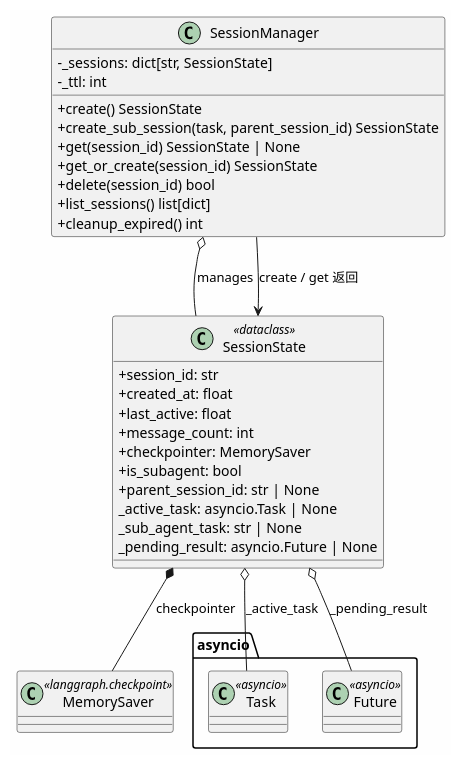
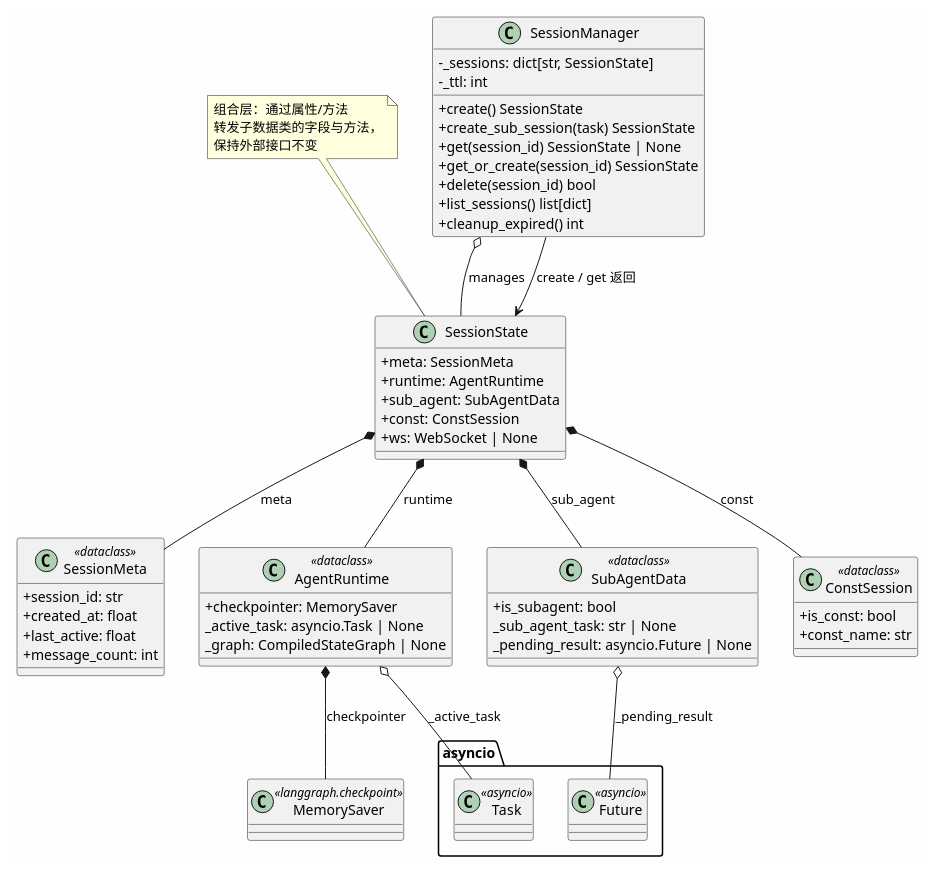
One commit to Miso2233/SonettoHere changed the diagram in dev_docs/projects/uml/session.md. Above: the diagram before and after it, drawn with PlantUML. The commit also changed other lines of this file and 1 other file, not shown here.

Commit message:
docs: 更新架构文档，反映 SessionState 组合子数据类的新结构

```diff
--- a/dev_docs/projects/uml/session.md
+++ b/dev_docs/projects/uml/session.md
@@ -7,20 +7,47 @@
 skinparam classAttributeIconSize 0
 skinparam backgroundColor #FEFEFE
 
-' ===== 数据类 =====
+' ===== 子数据类 =====
 
-class SessionState <<dataclass>> {
+class SessionMeta <<dataclass>> {
   + session_id: str
   + created_at: float
   + last_active: float
   + message_count: int
+}
+
+class AgentRuntime <<dataclass>> {
   + checkpointer: MemorySaver
+  _active_task: asyncio.Task | None
+  _graph: CompiledStateGraph | None
+}
+
+class SubAgentData <<dataclass>> {
   + is_subagent: bool
-  + parent_session_id: str | None
-  _active_task: asyncio.Task | None
   _sub_agent_task: str | None
   _pending_result: asyncio.Future | None
 }
+
+class ConstSession <<dataclass>> {
+  + is_const: bool
+  + const_name: str
+}
+
+' ===== 组合层 =====
+
+class SessionState {
+  + meta: SessionMeta
+  + runtime: AgentRuntime
+  + sub_agent: SubAgentData
+  + const: ConstSession
+  + ws: WebSocket | None
+}
+
+note top of SessionState
+  组合层：通过属性/方法
+  转发子数据类的字段与方法，
+  保持外部接口不变
+end note
 
 ' ===== 管理器 =====
 
@@ -28,7 +55,7 @@
   - _sessions: dict[str, SessionState]
   - _ttl: int
   + create() SessionState
-  + create_sub_session(task, parent_session_id) SessionState
+  + create_sub_session(task) SessionState
   + get(session_id) SessionState | None
   + get_or_create(session_id) SessionState
   + delete(session_id) bool
@@ -50,9 +77,15 @@
 ' ===== 关系 =====
 
 SessionManager o-- SessionState : manages
-SessionState *-- MemorySaver : checkpointer
-SessionState o-- asyncio.Task : _active_task
-SessionState o-- asyncio.Future : _pending_result
+
+SessionState *-- SessionMeta : meta
+SessionState *-- AgentRuntime : runtime
+SessionState *-- SubAgentData : sub_agent
+SessionState *-- ConstSession : const
+
+AgentRuntime *-- MemorySaver : checkpointer
+AgentRuntime o-- asyncio.Task : _active_task
+SubAgentData o-- asyncio.Future : _pending_result
 
 SessionManager --> SessionState : create / get 返回
 
```
